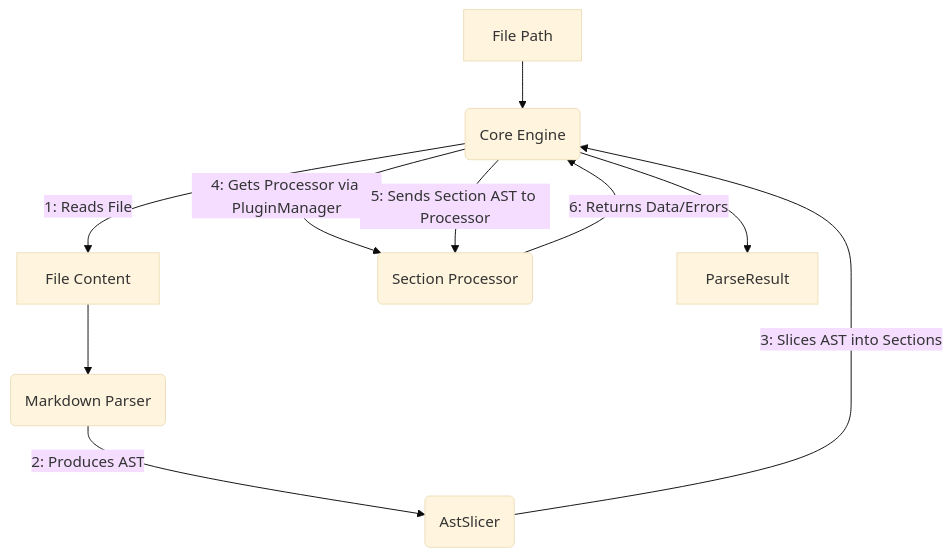
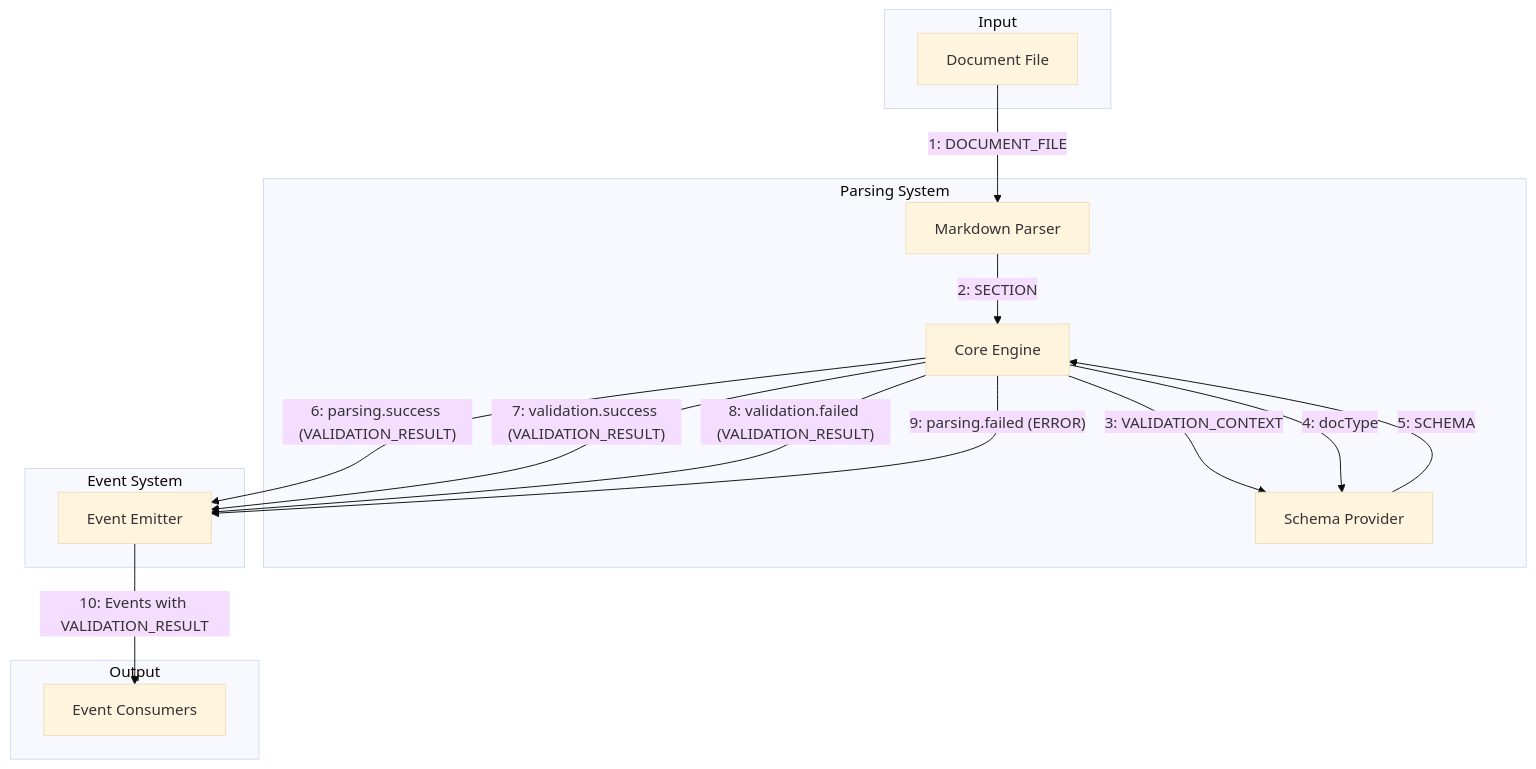
One commit to livelifelively/documentation-driven-development-tools changed the third of 4 diagrams in docs/requirements/p1.p5.t18-core-engine-parser.task.md. Above: the diagram before and after it, drawn with Mermaid (base theme). The commit also changed other lines of this file and 9 other files, not shown here.

````diff
--- a/docs/requirements/p1.p5.t18-core-engine-parser.task.md
+++ b/docs/requirements/p1.p5.t18-core-engine-parser.task.md
@@ -133,12 +212,32 @@
 ```mermaid
 graph TD
-    A[File Path] --> B(Core Engine);
-    B -- "1: Reads File" --> C[File Content];
-    C --> D(Markdown Parser);
-    D -- "2: Produces AST" --> E(AstSlicer);
-    E -- "3: Slices AST into Sections" --> B;
-    B -- "4: Gets Processor via PluginManager" --> F(Section Processor);
-    B -- "5: Sends Section AST to Processor" --> F;
-    F -- "6: Returns Data/Errors" --> B;
-    B --> G[ParseResult];
+    subgraph "Input"
+        A["Document File"]
+    end
+
+    subgraph "Parsing System"
+        B[Markdown Parser]
+        C[Core Engine]
+        D[Schema Provider]
+    end
+
+    subgraph "Event System"
+        E[Event Emitter]
+    end
+
+    subgraph "Output"
+        F[Event Consumers]
+    end
+
+    %% Focus (T18 zoom-in): Document flow to AST and Sections is primary; validation shown for context
+    A -- "1: DOCUMENT_FILE" --> B
+    B -- "2: SECTION" --> C
+    C -- "3: VALIDATION_CONTEXT" --> D
+    C -- "4: docType" --> D
+    D -- "5: SCHEMA" --> C
+    C -- "6: parsing.success (VALIDATION_RESULT)" --> E
+    C -- "7: validation.success (VALIDATION_RESULT)" --> E
+    C -- "8: validation.failed (VALIDATION_RESULT)" --> E
+    C -- "9: parsing.failed (ERROR)" --> E
+    E -- "10: Events with VALIDATION_RESULT" --> F
 ```
````
